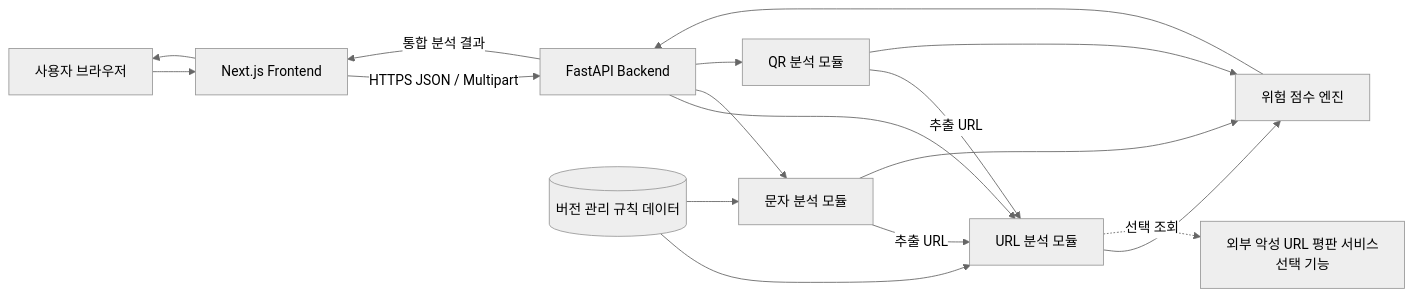
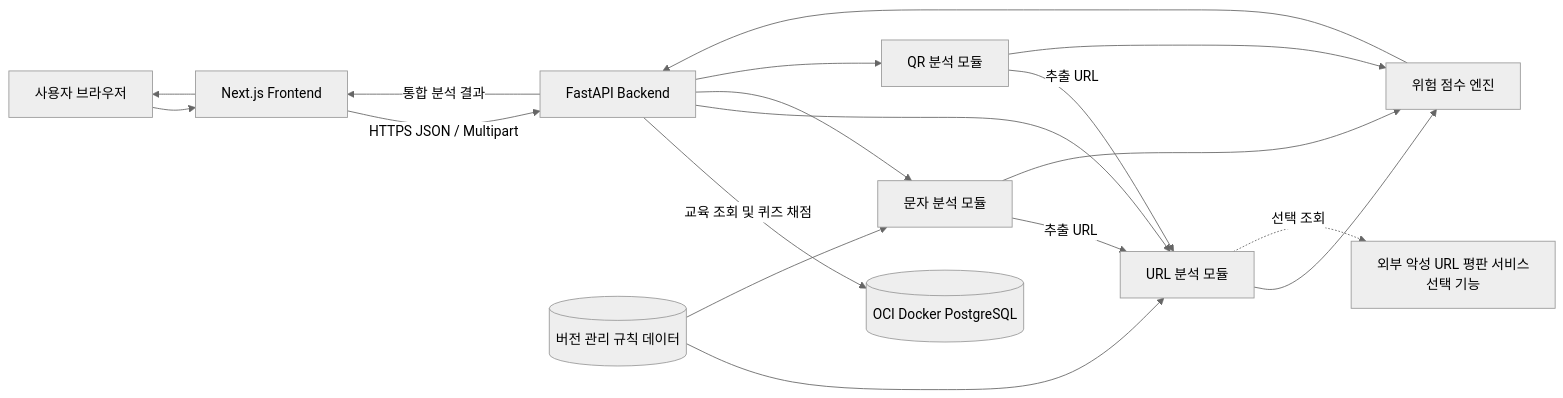
The diagram in docs/03_System_Architecture.md (KNUT-Capstone-Design/KNUT-Capstone-Design-docs), drawn with Mermaid (neutral theme) before and after one commit. The commit also changed other lines of this file and 4 other files, not shown here.

First line of the commit message:
docs: PostgreSQL 사용에 맞춰 문서 수정 및 DB 설계서 추가

````diff
--- a/docs/03_System_Architecture.md
+++ b/docs/03_System_Architecture.md
@@ -67,29 +67,31 @@
 ```mermaid
 flowchart LR
     U[사용자 브라우저]
     FE[Next.js Frontend]
     API[FastAPI Backend]
     URL[URL 분석 모듈]
     MSG[문자 분석 모듈]
     QR[QR 분석 모듈]
     SCORE[위험 점수 엔진]
     RULES[(버전 관리 규칙 데이터)]
+    DB[(OCI Docker PostgreSQL)]
+    API -->|교육 조회 및 퀴즈 채점| DB
     EXT[외부 악성 URL 평판 서비스<br/>선택 기능]
 
     U --> FE
     FE -->|HTTPS JSON / Multipart| API
     API --> URL
     API --> MSG
     API --> QR
     MSG -->|추출 URL| URL
     QR -->|추출 URL| URL
     URL --> SCORE
     MSG --> SCORE
     QR --> SCORE
     RULES --> URL
     RULES --> MSG
     SCORE --> API
     URL -. 선택 조회 .-> EXT
     API -->|통합 분석 결과| FE
     FE --> U
 ```
````
